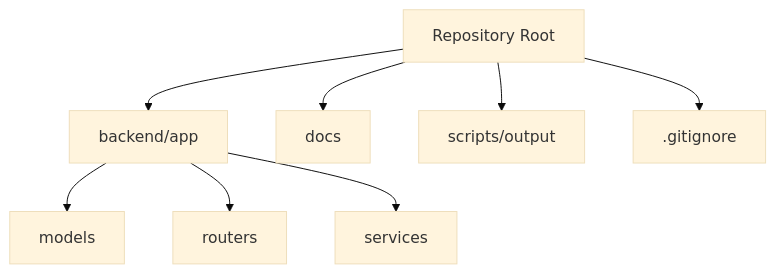
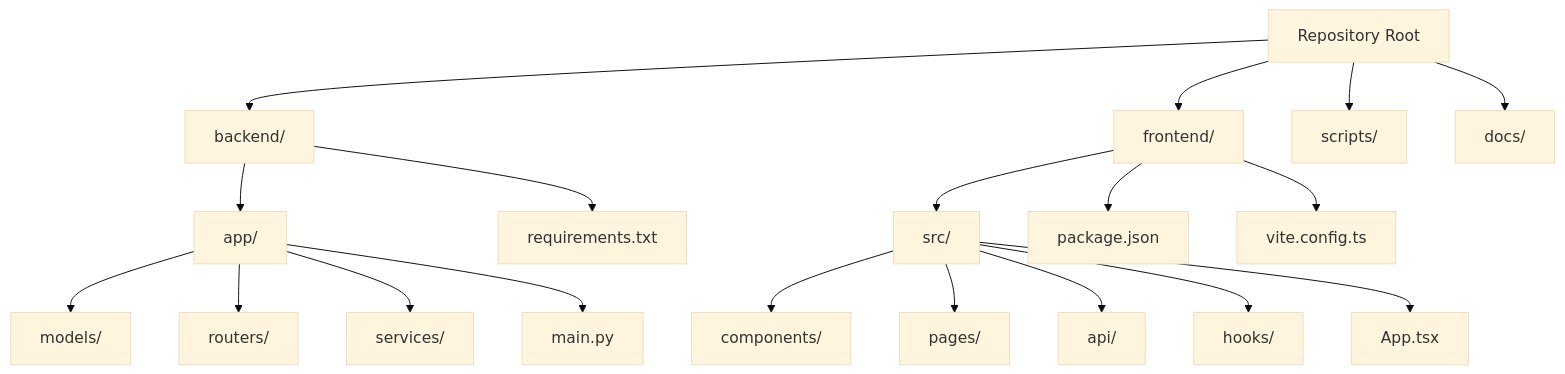
Before and after one commit to Ragnar1999/GoNow: the first of 3 diagrams in .qoder/repowiki/en/content/Getting Started.md, drawn with Mermaid (base theme). The commit also changed other lines of this file and 6 other files, not shown here.

````diff
--- a/.qoder/repowiki/en/content/Getting Started.md
+++ b/.qoder/repowiki/en/content/Getting Started.md
@@ -33,10 +47,21 @@
 ```mermaid
 graph TB
-A["Repository Root"] --> B["backend/app"]
-B --> C["models"]
-B --> D["routers"]
-B --> E["services"]
-A --> F["docs"]
-A --> G["scripts/output"]
-A --> H[".gitignore"]
+A["Repository Root"] --> B["backend/"]
+A --> C["frontend/"]
+A --> D["scripts/"]
+A --> E["docs/"]
+B --> F["app/"]
+F --> G["models/"]
+F --> H["routers/"]
+F --> I["services/"]
+F --> J["main.py"]
+C --> K["src/"]
+K --> L["components/"]
+K --> M["pages/"]
+K --> N["api/"]
+K --> O["hooks/"]
+K --> P["App.tsx"]
+B --> Q["requirements.txt"]
+C --> R["package.json"]
+C --> S["vite.config.ts"]
 ```
````
